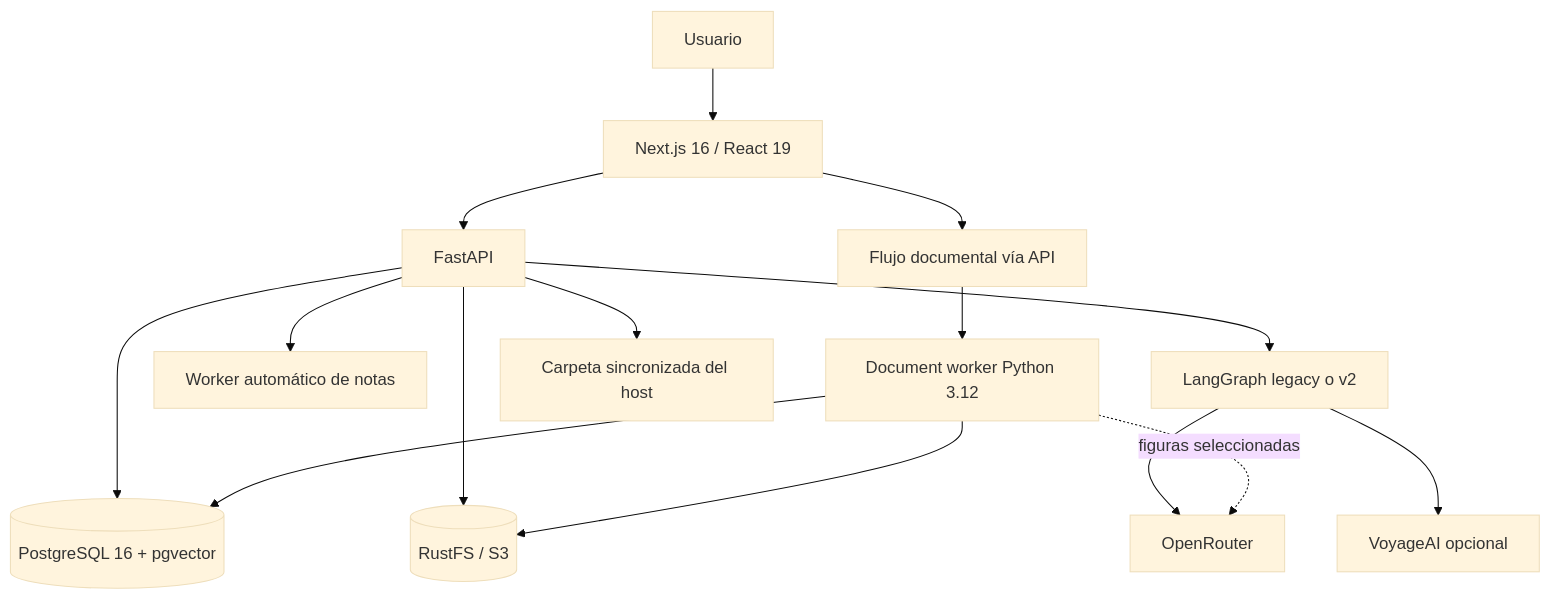
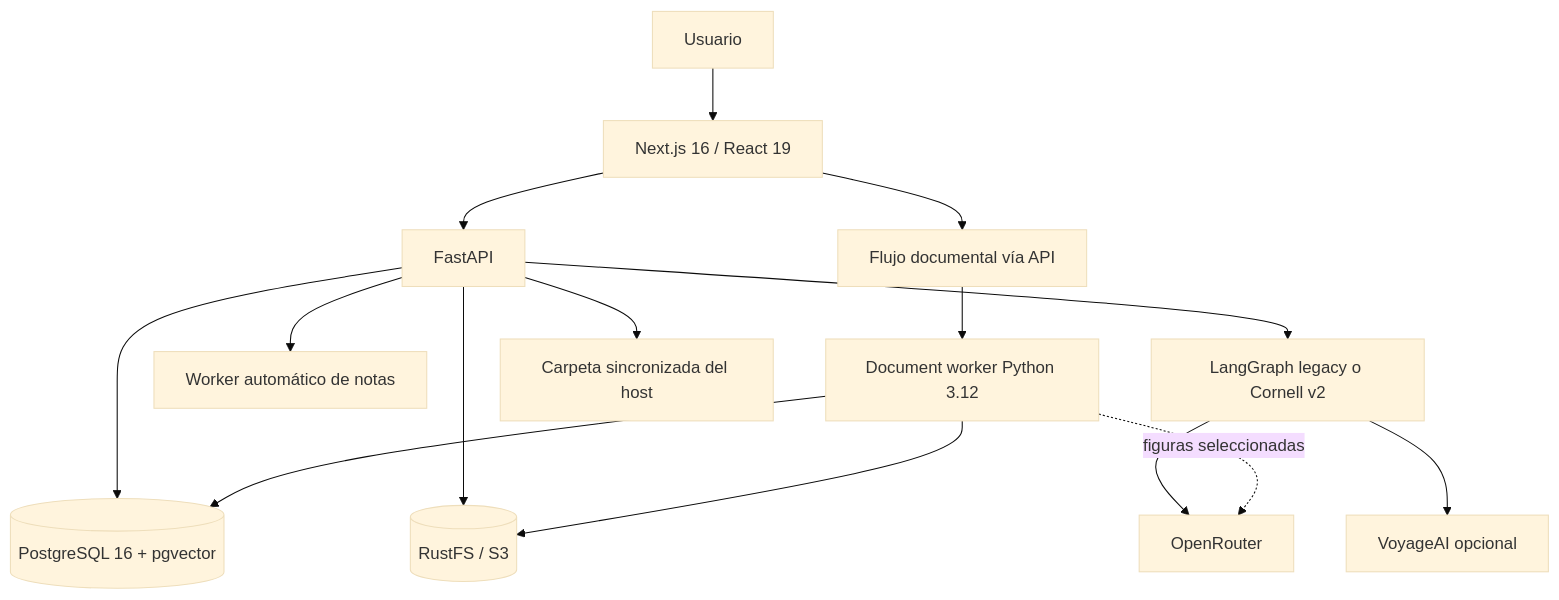
The diagram in README.md (JamesKristofUbiarco/Concat-notes), drawn with Mermaid (base theme) before and after one commit. The commit also changed other lines of this file and 35 other files, not shown here.

````diff
--- a/README.md
+++ b/README.md
@@ -16,17 +18,17 @@
 ```mermaid
 flowchart TB
     U[Usuario] --> F[Next.js 16 / React 19]
     F --> B[FastAPI]
     B --> DB[(PostgreSQL 16 + pgvector)]
     B --> S[(RustFS / S3)]
-    B --> A[LangGraph legacy o v2]
+    B --> A[LangGraph legacy o Cornell v2]
     A --> OR[OpenRouter]
     A --> V[VoyageAI opcional]
     B --> W[Worker automático de notas]
     F --> DW[Flujo documental vía API]
     DW --> Q[Document worker Python 3.12]
     Q --> DB
     Q --> S
     Q -. figuras seleccionadas .-> OR
     B --> FS[Carpeta sincronizada del host]
 ```
````
